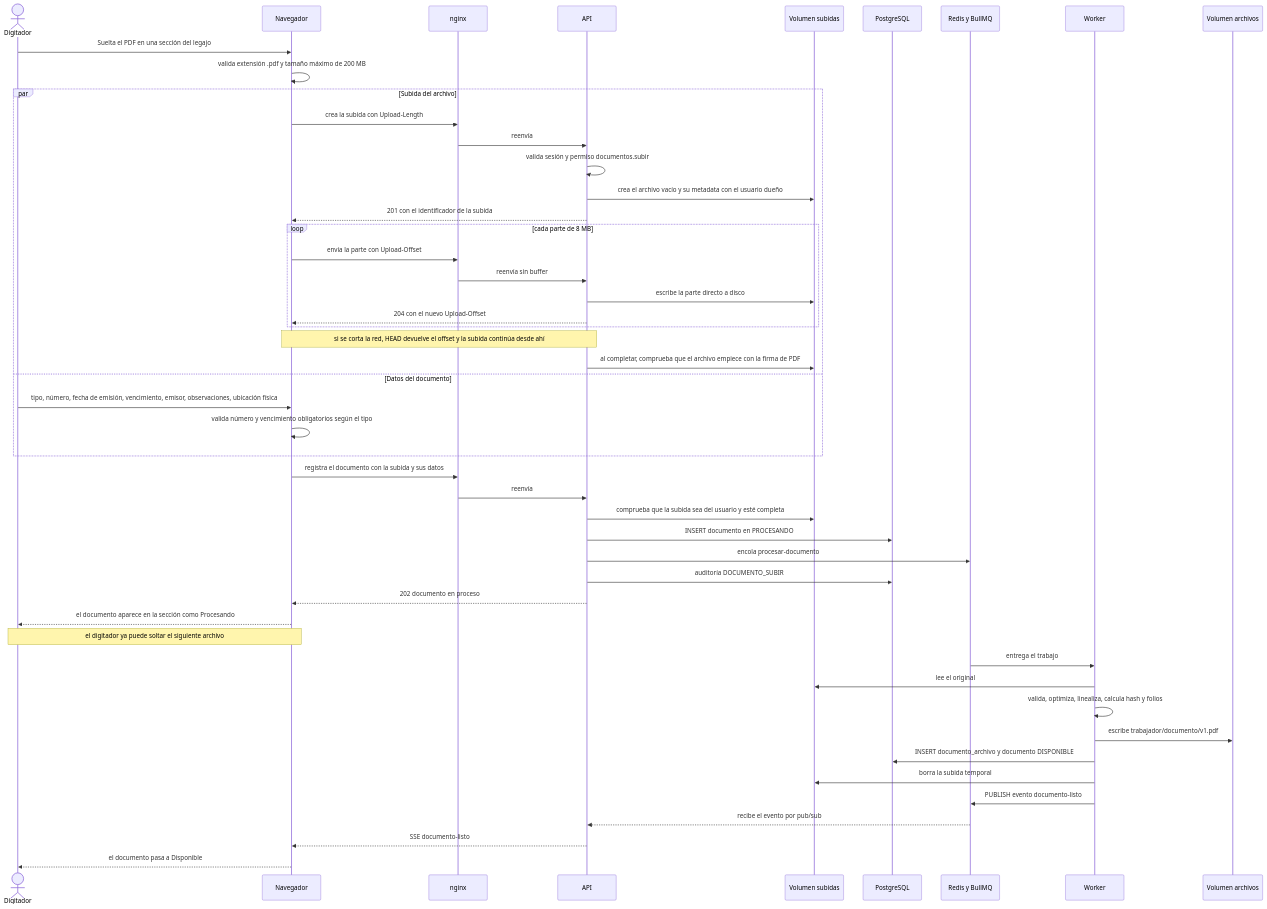
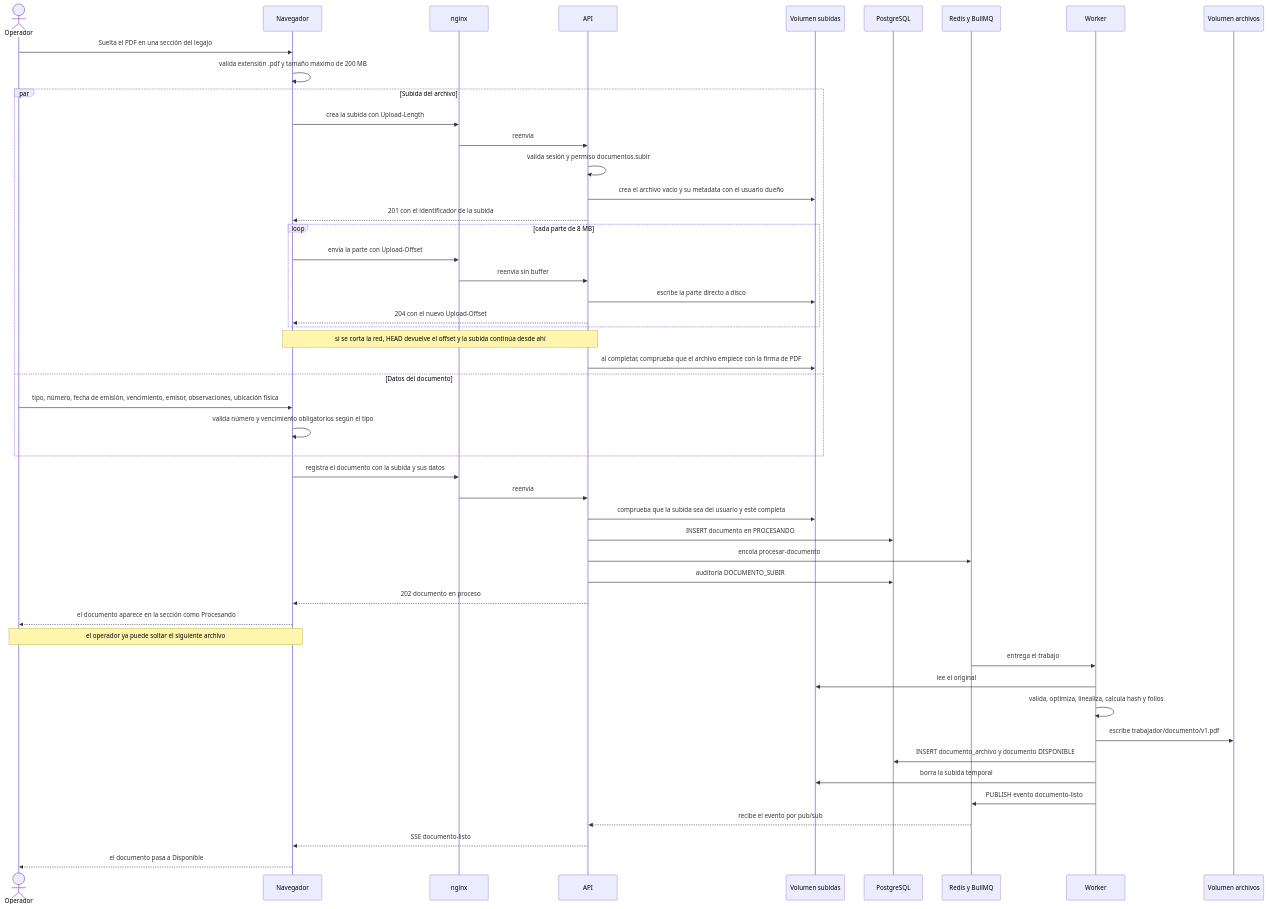
Before and after one commit to Jose27luis/legajo: diagram 12 of 22 in README.md, drawn with Mermaid. The commit also changed other lines of this file, not shown here.

````diff
--- a/README.md
+++ b/README.md
@@ -761,52 +861,52 @@
 ```mermaid
 sequenceDiagram
-    actor D as Digitador
+    actor D as Operador
     participant N as Navegador
     participant X as nginx
     participant A as API
     participant S as Volumen subidas
     participant P as PostgreSQL
     participant Q as Redis y BullMQ
     participant W as Worker
     participant F as Volumen archivos
 
     D->>N: Suelta el PDF en una sección del legajo
     N->>N: valida extensión .pdf y tamaño máximo de 200 MB
     par Subida del archivo
         N->>X: crea la subida con Upload-Length
         X->>A: reenvía
         A->>A: valida sesión y permiso documentos.subir
         A->>S: crea el archivo vacío y su metadata con el usuario dueño
         A-->>N: 201 con el identificador de la subida
         loop cada parte de 8 MB
             N->>X: envía la parte con Upload-Offset
             X->>A: reenvía sin buffer
             A->>S: escribe la parte directo a disco
             A-->>N: 204 con el nuevo Upload-Offset
         end
         Note over N,A: si se corta la red, HEAD devuelve el offset y la subida continúa desde ahí
         A->>S: al completar, comprueba que el archivo empiece con la firma de PDF
     and Datos del documento
         D->>N: tipo, número, fecha de emisión, vencimiento, emisor, observaciones, ubicación física
         N->>N: valida número y vencimiento obligatorios según el tipo
     end
     N->>X: registra el documento con la subida y sus datos
     X->>A: reenvía
     A->>S: comprueba que la subida sea del usuario y esté completa
     A->>P: INSERT documento en PROCESANDO
     A->>Q: encola procesar-documento
     A->>P: auditoría DOCUMENTO_SUBIR
     A-->>N: 202 documento en proceso
     N-->>D: el documento aparece en la sección como Procesando
-    Note over D,N: el digitador ya puede soltar el siguiente archivo
+    Note over D,N: el operador ya puede soltar el siguiente archivo
     Q->>W: entrega el trabajo
     W->>S: lee el original
     W->>W: valida, optimiza, linealiza, calcula hash y folios
     W->>F: escribe trabajador/documento/v1.pdf
     W->>P: INSERT documento_archivo y documento DISPONIBLE
     W->>S: borra la subida temporal
     W->>Q: PUBLISH evento documento-listo
     Q-->>A: recibe el evento por pub/sub
     A-->>N: SSE documento-listo
     N-->>D: el documento pasa a Disponible
 ```
````
